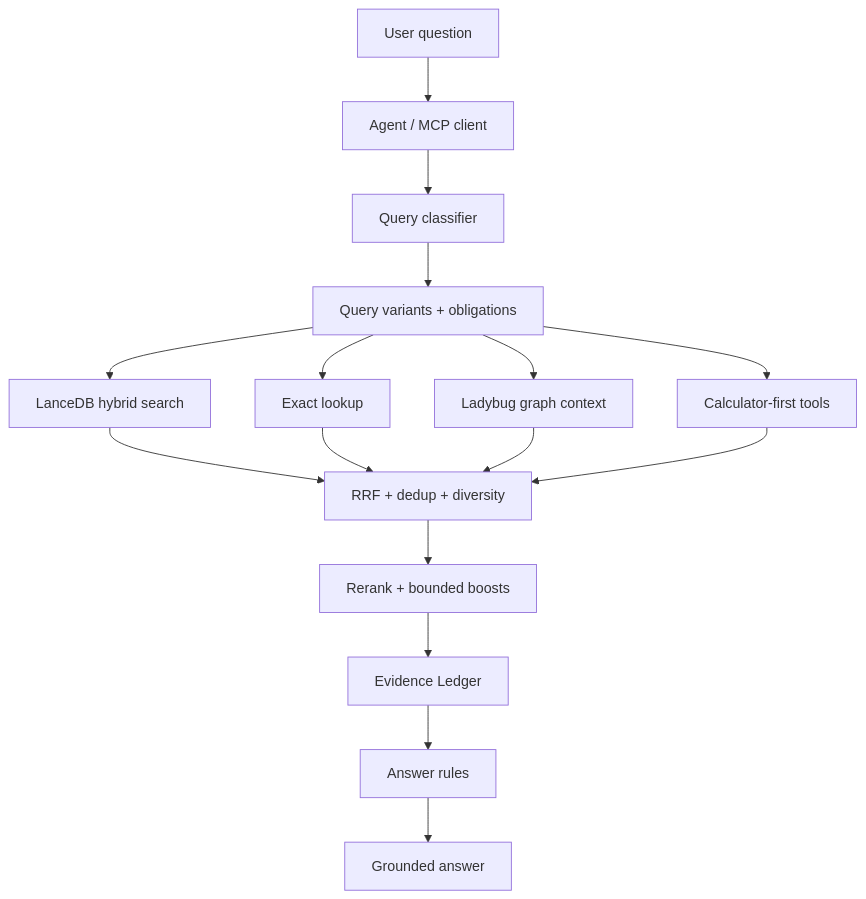
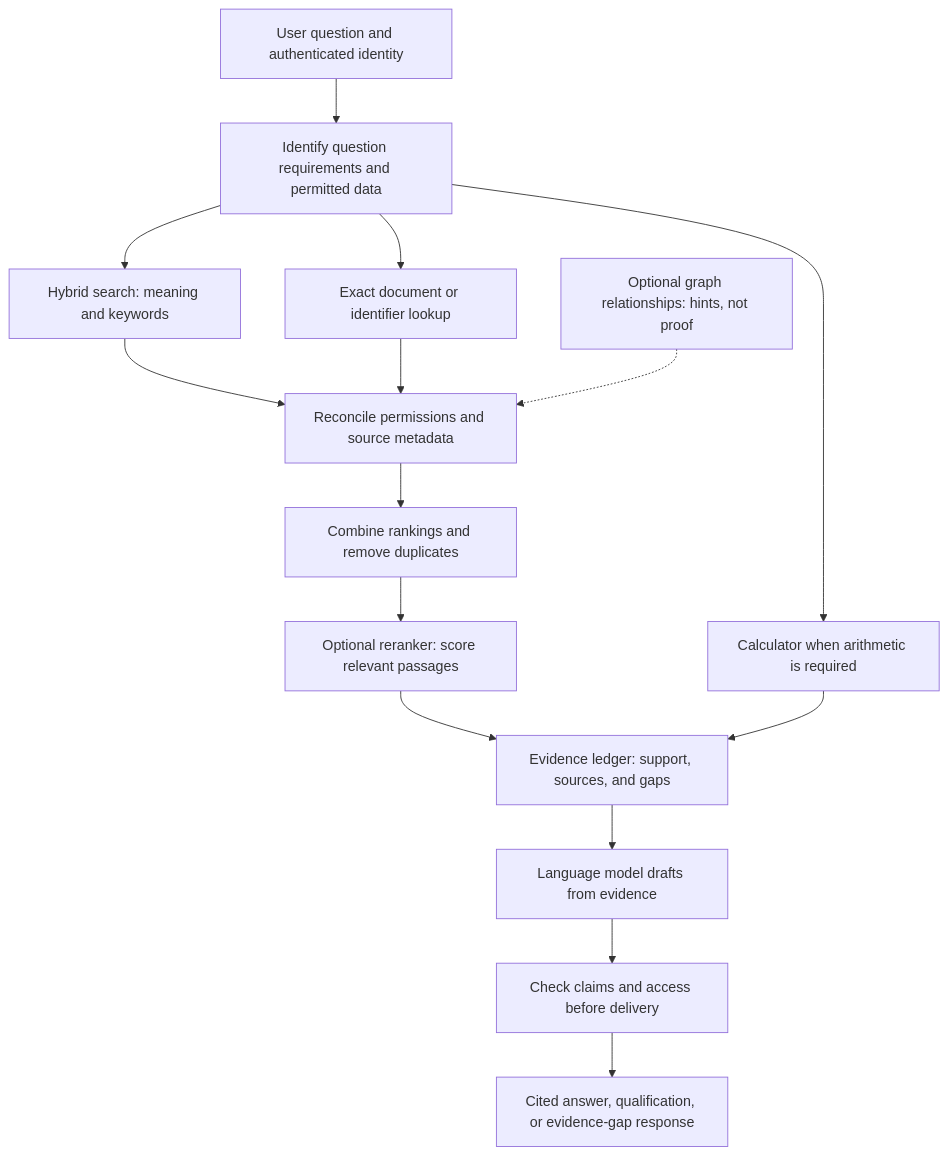
One commit to ipccheng/NX-Shield-RAG changed the diagram in diagrams/rag-system.mmd. Above: the diagram before and after it, drawn with Mermaid. The commit also changed 23 other files, not shown here.

```diff
--- a/diagrams/rag-system.mmd
+++ b/diagrams/rag-system.mmd
@@ -1,16 +1,16 @@
+%% Conceptual design: optional components require deployment-specific validation.
 flowchart TB
-  U[User question] --> G[Agent / MCP client]
-  G --> C[Query classifier]
-  C --> Q[Query variants + obligations]
-  Q --> L[LanceDB hybrid search]
-  Q --> X[Exact lookup]
-  Q --> K[Ladybug graph context]
-  Q --> S[Calculator-first tools]
-  L --> F[RRF + dedup + diversity]
-  X --> F
-  K --> F
-  S --> F
-  F --> R[Rerank + bounded boosts]
-  R --> E[Evidence Ledger]
-  E --> A[Answer rules]
-  A --> O[Grounded answer]
+  U[User question and authenticated identity] --> C[Identify question requirements and permitted data]
+  C --> L[Hybrid search: meaning and keywords]
+  C --> X[Exact document or identifier lookup]
+  C --> S[Calculator when arithmetic is required]
+  L --> P[Reconcile permissions and source metadata]
+  X --> P
+  P --> F[Combine rankings and remove duplicates]
+  K[Optional graph relationships: hints, not proof] -.-> P
+  F --> R[Optional reranker: score relevant passages]
+  R --> E[Evidence ledger: support, sources, and gaps]
+  S --> E
+  E --> D[Language model drafts from evidence]
+  D --> V[Check claims and access before delivery]
+  V --> O[Cited answer, qualification, or evidence-gap response]
```
